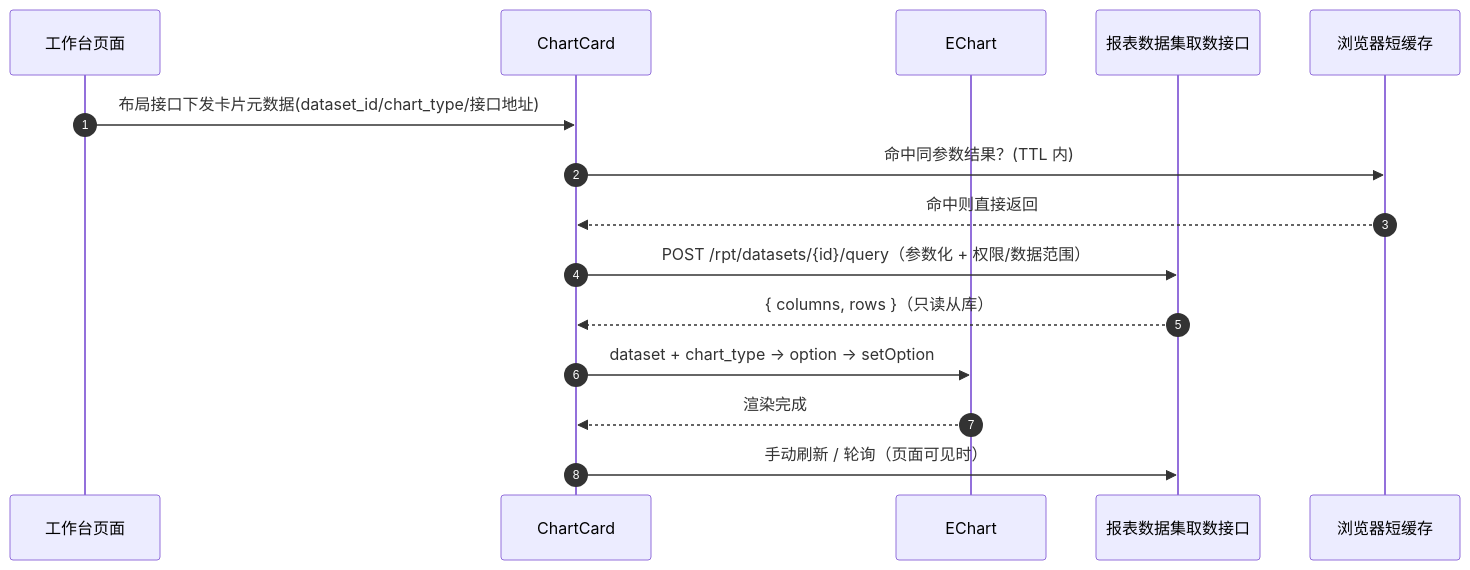
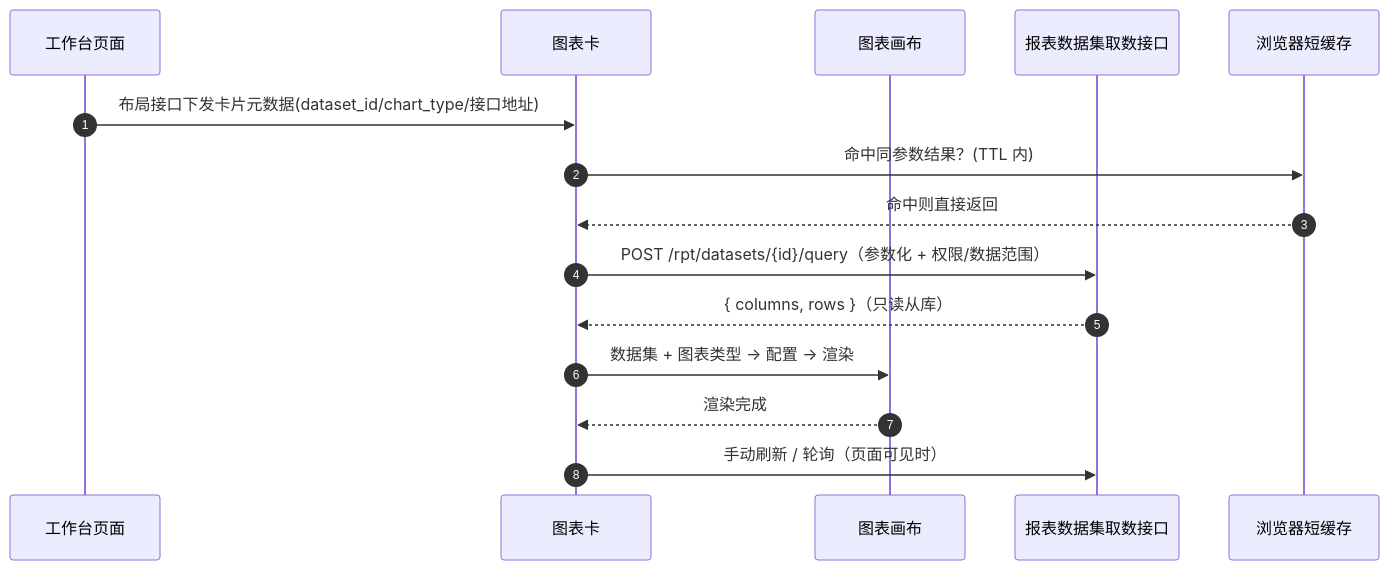
One commit to minjian123/basic-management-system changed the second of 2 diagrams in bms文档/设计/组件设计/07_展示类/04_组件设计_图表卡/04_组件设计_图表卡.md. Above: the diagram before and after it, drawn with Mermaid. The commit also changed other lines of this file and 238 other files, not shown here.

````diff
--- a/bms文档/设计/组件设计/07_展示类/04_组件设计_图表卡/04_组件设计_图表卡.md
+++ b/bms文档/设计/组件设计/07_展示类/04_组件设计_图表卡/04_组件设计_图表卡.md
@@ -197,18 +181,18 @@
 ```mermaid
 sequenceDiagram
     autonumber
     participant 工作台 as 工作台页面
-    participant 卡 as ChartCard
-    participant 图表 as EChart
+    participant 卡 as 图表卡
+    participant 图表 as 图表画布
     participant 接口 as 报表数据集取数接口
     participant 缓存 as 浏览器短缓存
 
     工作台->>卡: 布局接口下发卡片元数据(dataset_id/chart_type/接口地址)
     卡->>缓存: 命中同参数结果？(TTL 内)
     缓存-->>卡: 命中则直接返回
     卡->>接口: POST /rpt/datasets/{id}/query（参数化 + 权限/数据范围）
     接口-->>卡: { columns, rows }（只读从库）
-    卡->>图表: dataset + chart_type → option → setOption
+    卡->>图表: 数据集 + 图表类型 → 配置 → 渲染
     图表-->>卡: 渲染完成
     卡->>接口: 手动刷新 / 轮询（页面可见时）
 ```
````
